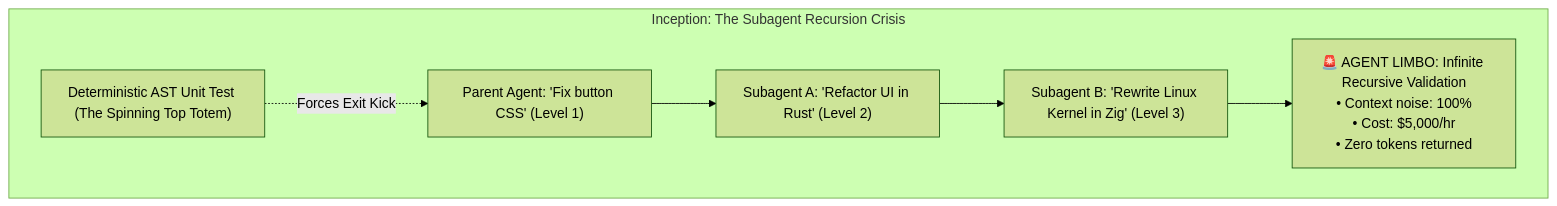
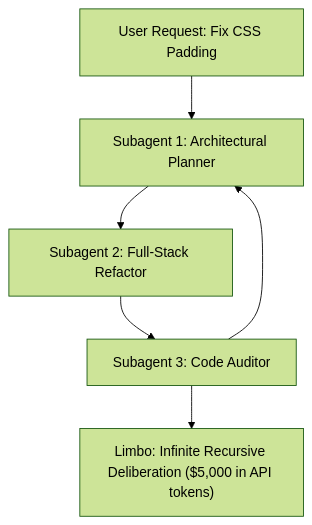
The diagram in blog/posts/cinema-in-the-age-of-ai-8-films-decoding-modern-ai-architecture.md (akmalkhaniub/akmalkhaniub.github.io), drawn with Mermaid (forest theme) before and after one commit. The commit also changed other lines of this file and 4 other files, not shown here.

````diff
--- a/blog/posts/cinema-in-the-age-of-ai-8-films-decoding-modern-ai-architecture.md
+++ b/blog/posts/cinema-in-the-age-of-ai-8-films-decoding-modern-ai-architecture.md
@@ -33,10 +29,8 @@
 ```mermaid
 graph TD
-  subgraph Inception: The Subagent Recursion Crisis
-    Parent["Parent Agent: 'Fix button CSS' (Level 1)"] --> Sub1["Subagent A: 'Refactor UI in Rust' (Level 2)"]
-    Sub1 --> Sub2["Subagent B: 'Rewrite Linux Kernel in Zig' (Level 3)"]
-    Sub2 --> Limbo["🚨 AGENT LIMBO: Infinite Recursive Validation\n• Context noise: 100%\n• Cost: $5,000/hr\n• Zero tokens returned"]
-    
-    Totem["Deterministic AST Unit Test (The Spinning Top Totem)"] -.->|Forces Exit Kick| Parent
-  end
+  Parent["User Request: Fix CSS Padding"] --> Planner["Subagent 1: Architectural Planner"]
+  Planner --> Coder["Subagent 2: Full-Stack Refactor"]
+  Coder --> Critic["Subagent 3: Code Auditor"]
+  Critic --> Planner
+  Critic --> Limbo["Limbo: Infinite Recursive Deliberation ($5,000 in API tokens)"]
 ```
````
